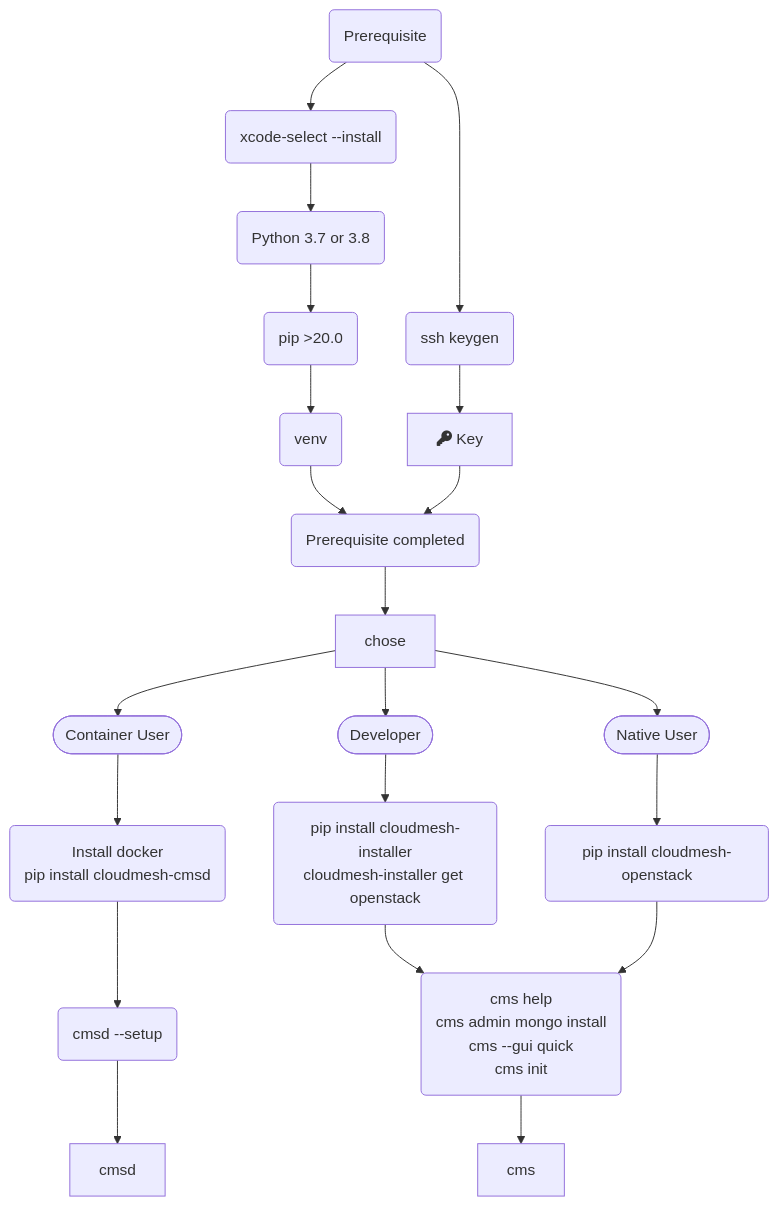
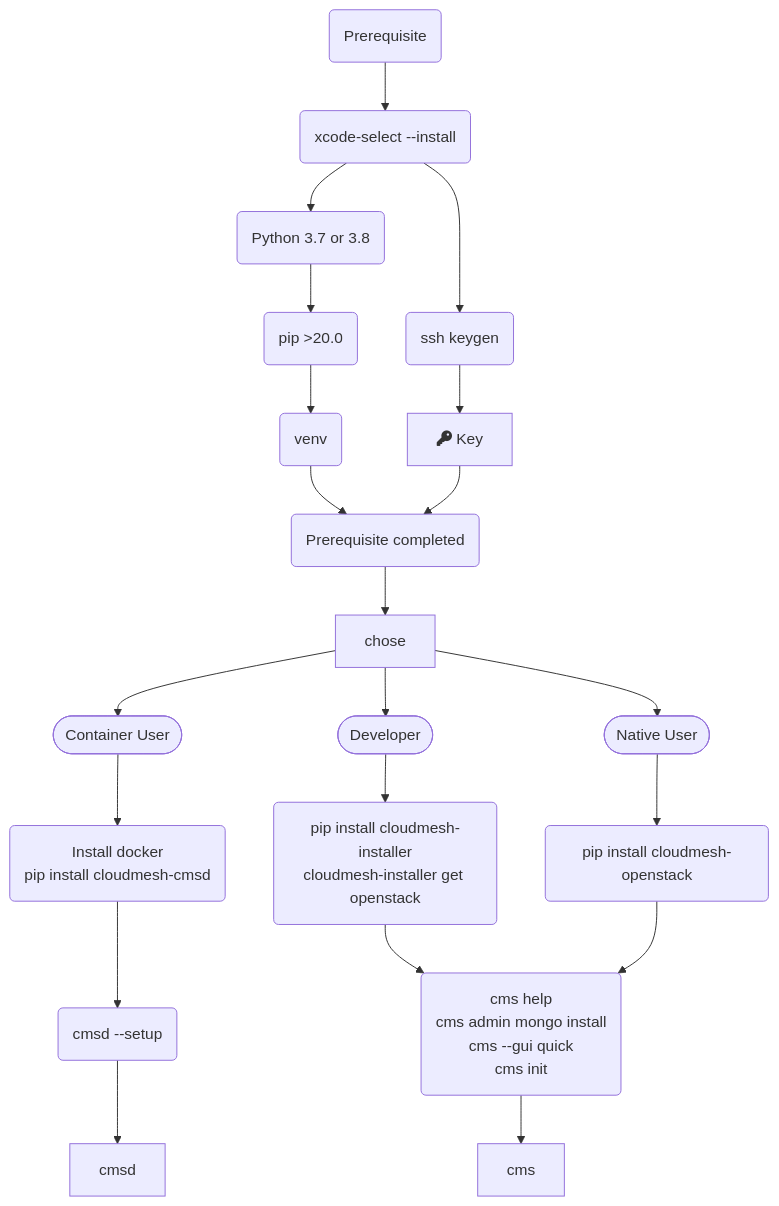
One commit to cloudmesh/cloudmesh-manual changed the diagram in docs-source/source/installation/install-macos.rst. Above: the diagram before and after it, drawn with Mermaid. The commit also changed 2 other files, not shown here.

Commit message:
add mac os instructions

```diff
--- a/docs-source/source/installation/install-macos.rst
+++ b/docs-source/source/installation/install-macos.rst
@@ -50,28 +50,28 @@
 .. mermaid::
 
    graph TD
       A(Prerequisite) --> xcode(xcode-select --install)
       xcode --> python(Python 3.7 or 3.8)
       python --> pip(pip >20.0)
       pip --> venv(venv)
       venv --> install(Prerequisite completed)
       key --> install
-      A --> keygen(ssh keygen)
+      xcode --> keygen(ssh keygen)
       keygen -->key[fa:fa-key Key]
       install --> chose
 
       chose-->cuser([Container User])
       chose-->nuser([Native User])
       chose-->duser([Developer])
 
       duser-->dev(pip install cloudmesh-installer<br/>cloudmesh-installer get openstack)
       nuser-->user(pip install cloudmesh-openstack)
       cuser-->container(Install docker<br/>pip install cloudmesh-cmsd)
 
       setup(cms help<br/>cms admin mongo install<br/>cms --gui quick<br/>cms init)
       dev-->setup
       user-->setup
       container-->setupd(cmsd --setup)
 
       setup-->cms
       setupd-->cmsd
```
